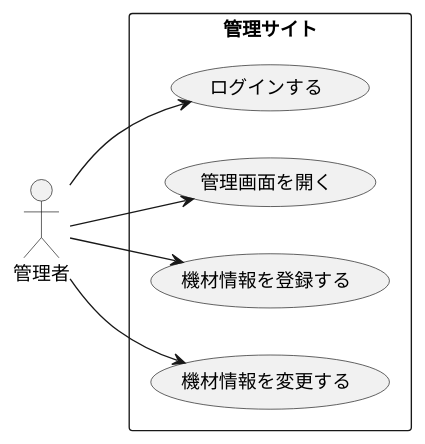
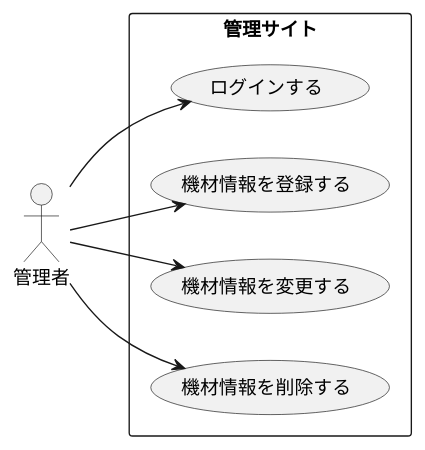
Before and after one commit to TakashiOnawa/ddd-practice-studio-reservation: the diagram in modeling/05_Usecase_機材管理.pu, drawn with PlantUML. The commit also changed 38 other files, not shown here.

```diff
--- a/modeling/05_Usecase_機材管理.pu
+++ b/modeling/05_Usecase_機材管理.pu
@@ -1,14 +1,14 @@
 @startuml Usecase
 
 left to right direction
 
 actor 管理者
 
 rectangle 管理サイト {
     管理者 --> (ログインする)
-    管理者 --> (管理画面を開く)
     管理者 --> (機材情報を登録する)
     管理者 --> (機材情報を変更する)
+    管理者 --> (機材情報を削除する)
 }
 
 @enduml
```
